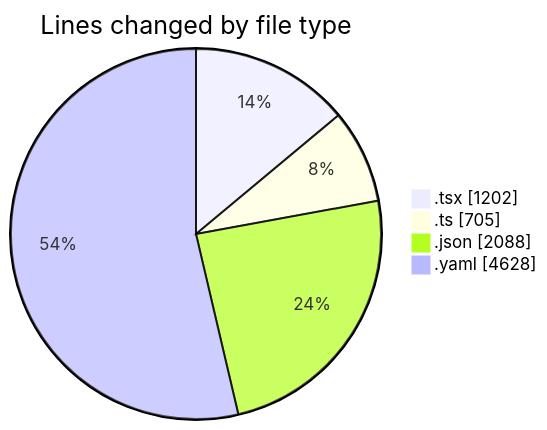
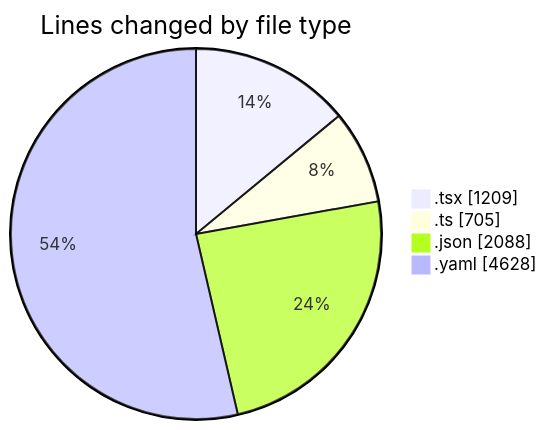
One commit to julien-gomy/code-tracking changed the first of 2 diagrams in 2025-10-31/eventscop-frontend-guide__workspace_/README.md. Above: the diagram before and after it, drawn with Mermaid. The commit also changed other lines of this file and 1 other file, not shown here.

````diff
--- a/2025-10-31/eventscop-frontend-guide__workspace_/README.md
+++ b/2025-10-31/eventscop-frontend-guide__workspace_/README.md
@@ -33,8 +33,8 @@
 ```mermaid
 pie showData
 title Lines changed by file type
-".tsx" : 1202
+".tsx" : 1209
 ".ts" : 705
 ".json" : 2088
 ".yaml" : 4628
 ```
````
